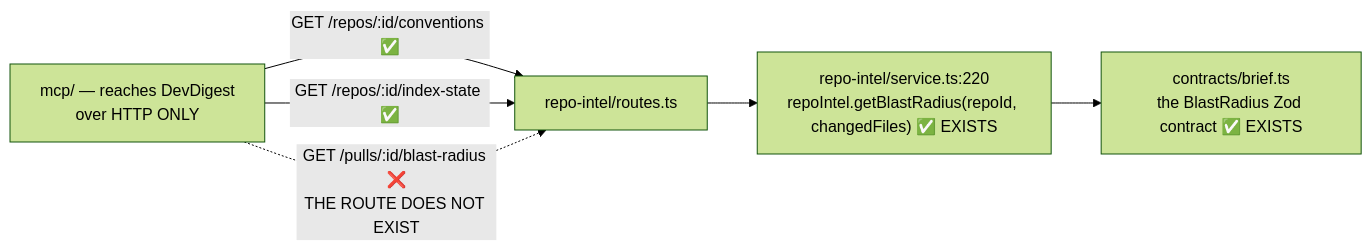
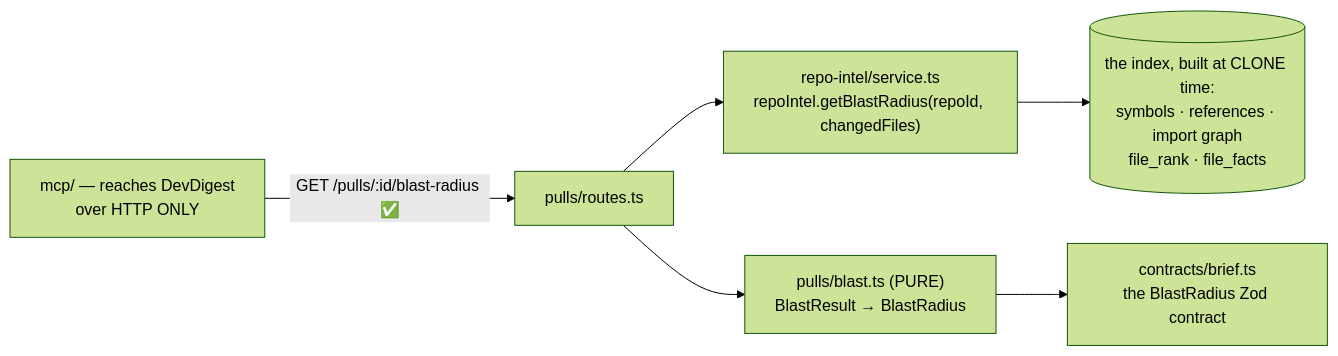
The third of 3 diagrams in mcp/docs/design.md (fanatishe/dev-digest), drawn with Mermaid (forest theme) before and after one commit. The commit also changed other lines of this file and 70 other files, not shown here.

````diff
--- a/mcp/docs/design.md
+++ b/mcp/docs/design.md
@@ -214,8 +225,8 @@
 ```mermaid
 flowchart LR
-  MCP["mcp/ — reaches DevDigest<br/>over HTTP ONLY"] -- "GET /repos/:id/conventions ✅" --> R1["repo-intel/routes.ts"]
-  MCP -- "GET /repos/:id/index-state ✅" --> R1
-  MCP -. "GET /pulls/:id/blast-radius ❌<br/>THE ROUTE DOES NOT EXIST" .-> R1
-  R1 --> SVC["repo-intel/service.ts:220<br/>repoIntel.getBlastRadius(repoId, changedFiles) ✅ EXISTS"]
-  SVC --> C["contracts/brief.ts<br/>the BlastRadius Zod contract ✅ EXISTS"]
+  MCP["mcp/ — reaches DevDigest<br/>over HTTP ONLY"] -- "GET /pulls/:id/blast-radius ✅" --> R["pulls/routes.ts"]
+  R --> SVC["repo-intel/service.ts<br/>repoIntel.getBlastRadius(repoId, changedFiles)"]
+  SVC --> IDX[("the index, built at CLONE time:<br/>symbols · references · import graph<br/>file_rank · file_facts")]
+  R --> MAP["pulls/blast.ts (PURE)<br/>BlastResult → BlastRadius"]
+  MAP --> C["contracts/brief.ts<br/>the BlastRadius Zod contract"]
 ```
````
